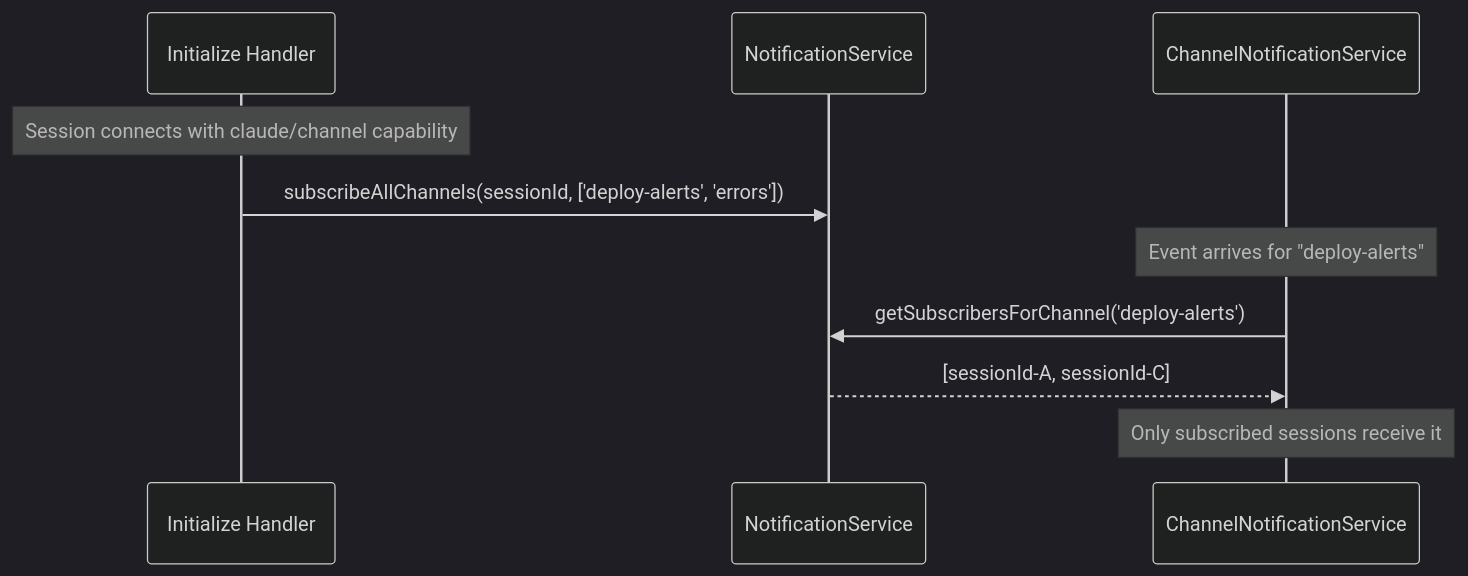
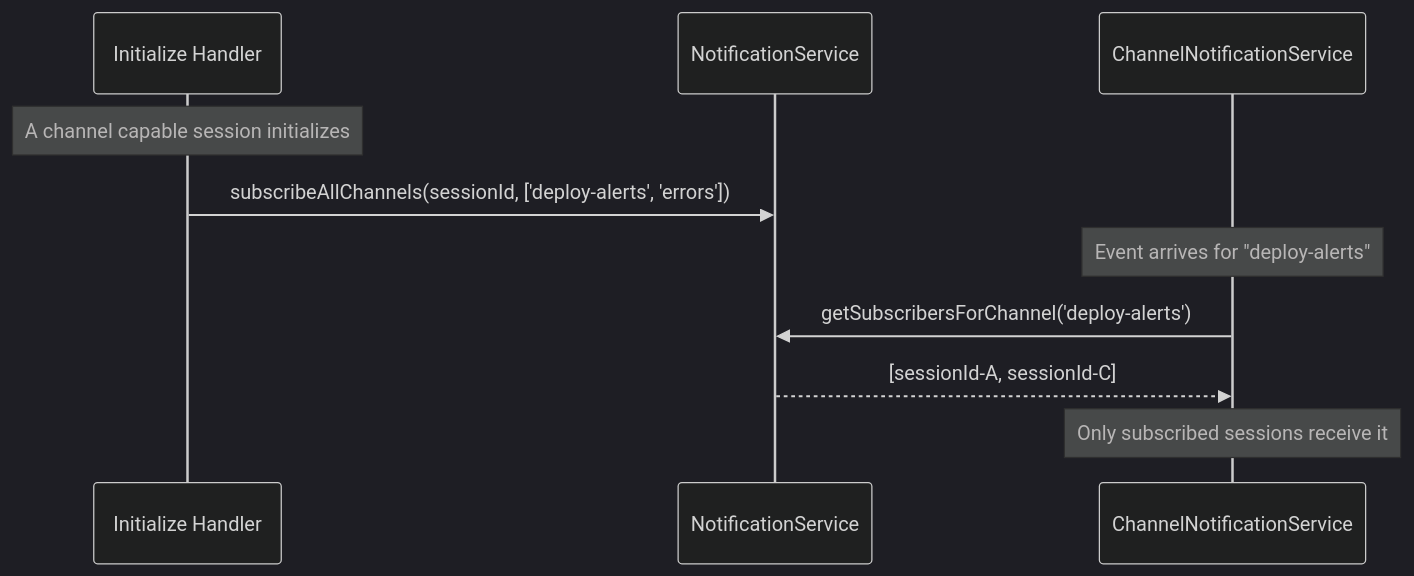
The seventh of 7 diagrams in libs/sdk/src/channel/README.md (agentfront/frontmcp), drawn with Mermaid (dark theme) before and after one commit. The commit also changed other lines of this file and 22 other files, not shown here.

First line of the commit message:
fix(sdk): Claude Code channels over stdio: decline 2026-07-28 and send to the stdio session (#1290)

````diff
--- a/libs/sdk/src/channel/README.md
+++ b/libs/sdk/src/channel/README.md
@@ -260,14 +297,14 @@
 ```mermaid
 sequenceDiagram
     participant Init as Initialize Handler
     participant NS as NotificationService
     participant CNS as ChannelNotificationService
 
-    Note over Init: Session connects with claude/channel capability
+    Note over Init: A channel capable session initializes
     Init->>NS: subscribeAllChannels(sessionId, ['deploy-alerts', 'errors'])
 
     Note over CNS: Event arrives for "deploy-alerts"
     CNS->>NS: getSubscribersForChannel('deploy-alerts')
     NS-->>CNS: [sessionId-A, sessionId-C]
     Note over CNS: Only subscribed sessions receive it
 ```
````
